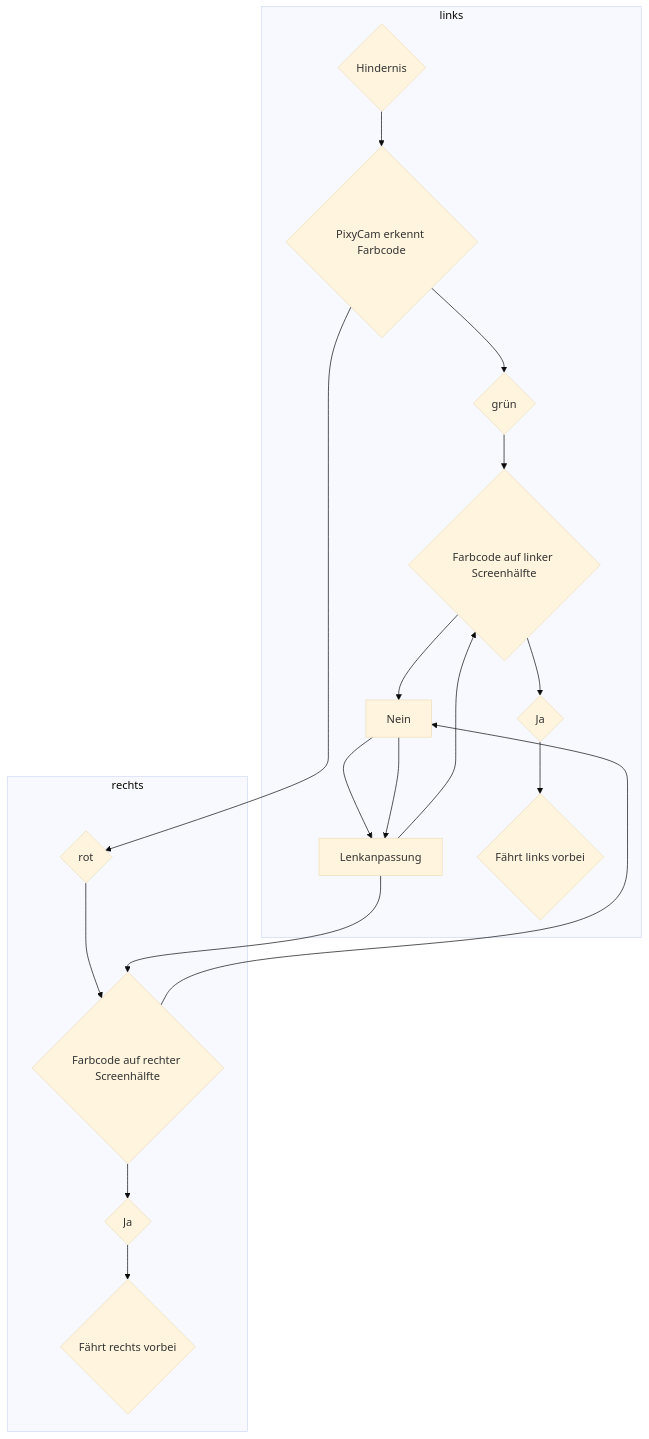
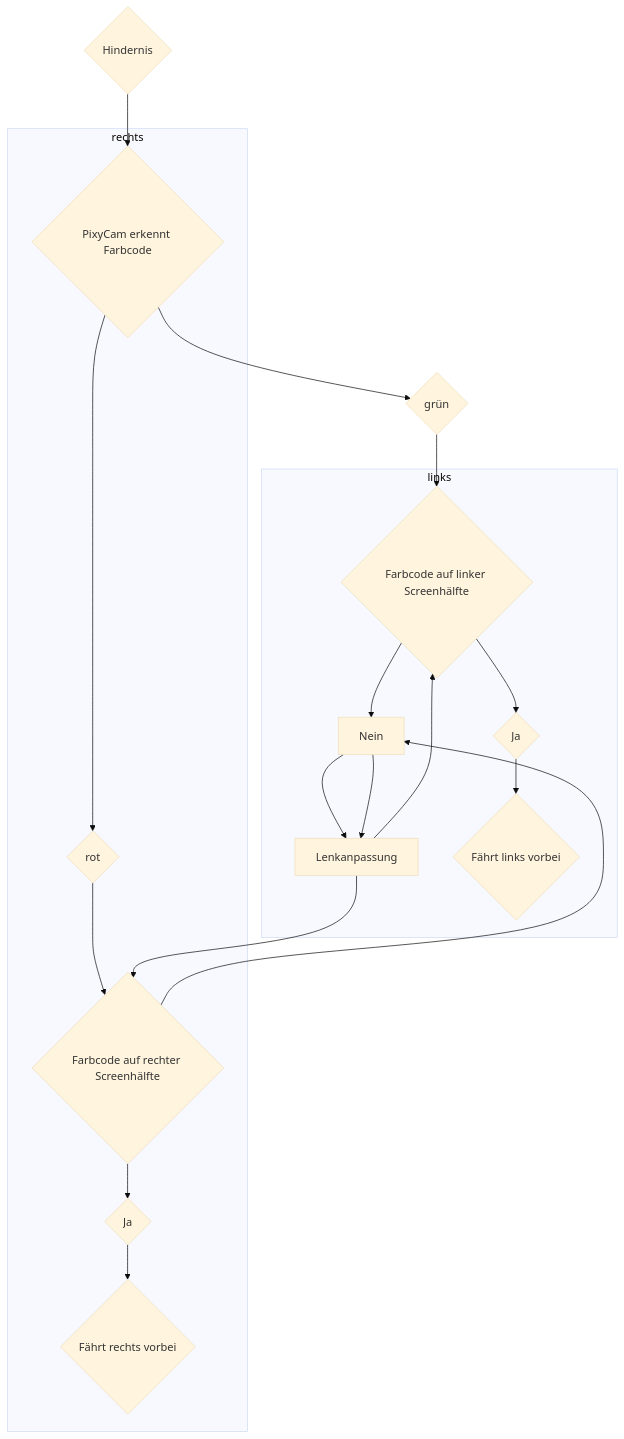
Before and after one commit to SchroedingersBit/PfortGTPanama: the diagram in Programme/Hindernisrennen/README.md, drawn with Mermaid (base theme). The commit also changed other lines of this file, not shown here.

````diff
--- a/Programme/Hindernisrennen/README.md
+++ b/Programme/Hindernisrennen/README.md
@@ -4,22 +4,22 @@
 ```mermaid
 graph TB;
-subgraph links
 A{Hindernis} -->B{PixyCam erkennt Farbcode};
 B-->E{grün}-->C1{Farbcode auf linker Screenhälfte};
 
+subgraph links
 C1 --> Nein;
 Nein --> Lenkanpassung;
 Lenkanpassung-->C1;
 C1-->J1{Ja};
 J1-->R{Fährt links vorbei};
 end
 
 subgraph rechts
 B-->C{rot}-->C2{Farbcode auf rechter Screenhälfte};
 C2 --> Nein; 
 Nein --> Lenkanpassung;
 Lenkanpassung -->C2;
 C2-->J2{Ja};
 J2-->L{Fährt rechts vorbei};
 end
 ```
````
